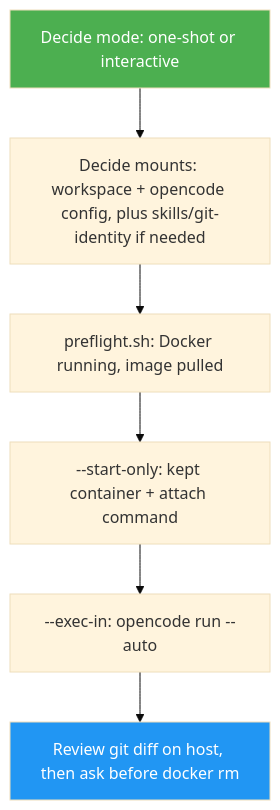
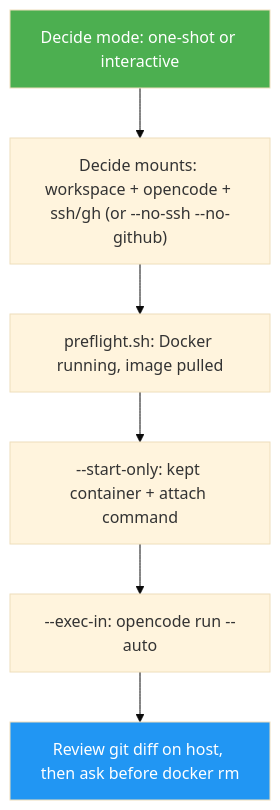
Before and after one commit to luongnv89/skills: the diagram in skills/opencode-sandbox/docs/README.md, drawn with Mermaid (base theme). The commit also changed other lines of this file and 7 other files, not shown here.

First line of the commit message:
feat(opencode-sandbox)!: enable SSH and GitHub auth by default

````diff
--- a/skills/opencode-sandbox/docs/README.md
+++ b/skills/opencode-sandbox/docs/README.md
@@ -30,10 +30,10 @@
 ```mermaid
 graph TD
-    A["Decide mode: one-shot or interactive"] --> B["Decide mounts: workspace + opencode config, plus skills/git-identity if needed"]
+    A["Decide mode: one-shot or interactive"] --> B["Decide mounts: workspace + opencode + ssh/gh (or --no-ssh --no-github)"]
     B --> C["preflight.sh: Docker running, image pulled"]
     C --> D["--start-only: kept container + attach command"]
     D --> E["--exec-in: opencode run --auto"]
     E --> F["Review git diff on host, then ask before docker rm"]
     style A fill:#4CAF50,color:#fff
     style F fill:#2196F3,color:#fff
 ```
````
